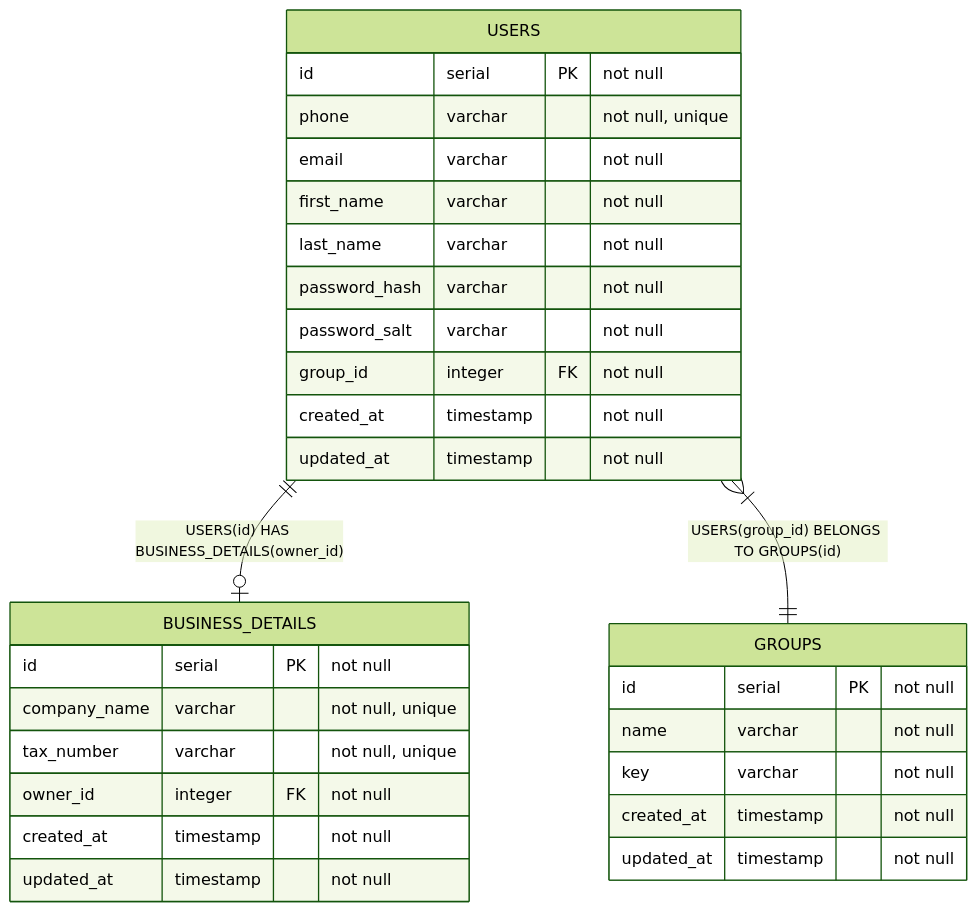
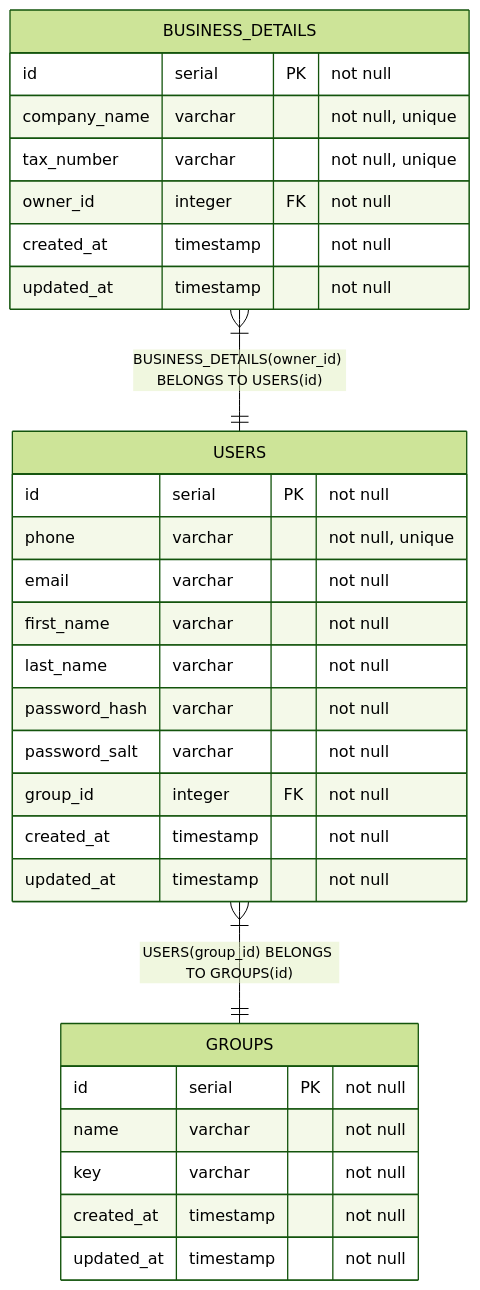
One commit to BinaryStudioAcademy/bsa-2023-towhub changed the diagram in readme.md. Above: the diagram before and after it, drawn with Mermaid (forest theme).

Commit message:
th-9: * fixed relations

````diff
--- a/readme.md
+++ b/readme.md
@@ -45,38 +45,38 @@
 ```mermaid
 
 erDiagram
 
     USERS {
         id serial PK "not null"
         phone varchar "not null, unique"
         email varchar "not null"
         first_name varchar "not null"
         last_name varchar "not null"
         password_hash varchar "not null"
         password_salt varchar "not null"
         group_id integer FK "not null"
         created_at timestamp "not null"
         updated_at timestamp "not null"
     }
 
     GROUPS {
         id serial PK "not null"
         name varchar "not null"
         key varchar "not null"
         created_at timestamp "not null"
         updated_at timestamp "not null"
     }
 
     BUSINESS_DETAILS {
         id serial PK "not null"
         company_name varchar "not null, unique"
         tax_number varchar "not null, unique"
         owner_id integer FK "not null"
         created_at timestamp "not null"
         updated_at timestamp "not null"
     }
 
-    USERS one -- zero or one BUSINESS_DETAILS: "USERS(id) HAS BUSINESS_DETAILS(owner_id)"
-    USERS one or more -- only one GROUPS:  "USERS(group_id) BELONGS TO GROUPS(id)"
+    USERS one or many -- one GROUPS: "USERS(group_id) BELONGS TO GROUPS(id)"
+    BUSINESS_DETAILS one or many -- one USERS: "BUSINESS_DETAILS(owner_id) BELONGS TO USERS(id)"
 
 ```
````
